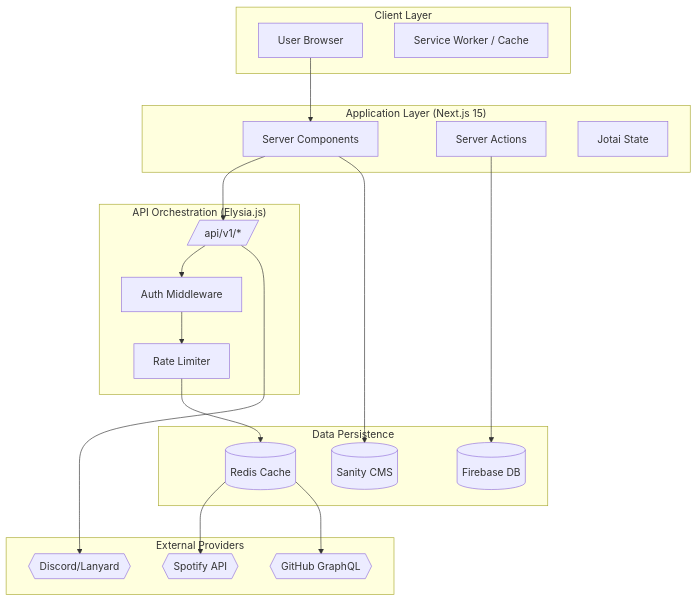
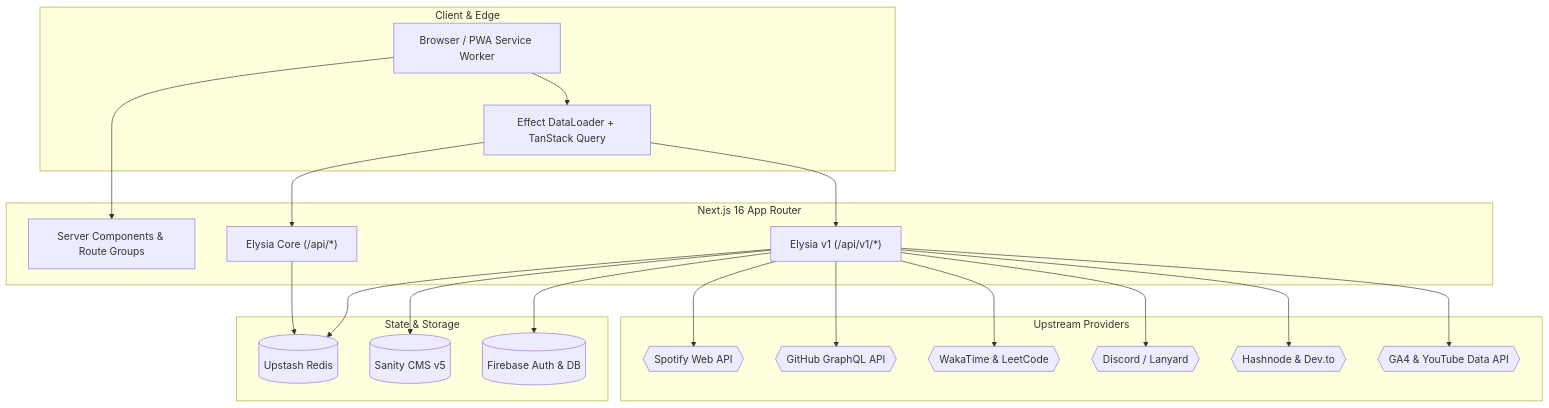
One commit to WomB0ComB0/portfolio changed the diagram in README.md. Above: the diagram before and after it, drawn with Mermaid. The commit also changed other lines of this file, not shown here.

Commit message:
docs(readme): overhaul root README for v3.0.0 and update roadmap decisions (#546)

````diff
--- a/README.md
+++ b/README.md
@@ -105,42 +55,43 @@
 ```mermaid
 graph TD
-    subgraph "Client Layer"
-        Browser[User Browser]
-        PWA[Service Worker / Cache]
+    subgraph "Client & Edge"
+        Browser["Browser / PWA Service Worker"]
+        DataLoader["Effect DataLoader + TanStack Query"]
     end
 
-    subgraph "Application Layer (Next.js 15)"
-        RSC[Server Components]
-        Actions[Server Actions]
-        Store[Jotai State]
+    subgraph "Next.js 16 App Router"
+        RSC["Server Components & Route Groups"]
+        CoreAPI["Elysia Core (/api/*)"]
+        V1API["Elysia v1 (/api/v1/*)"]
     end
 
-    subgraph "API Orchestration (Elysia.js)"
-        V1[/api/v1/*/]
-        Auth[Auth Middleware]
-        RateLimit[Rate Limiter]
+    subgraph "State & Storage"
+        Upstash[("Upstash Redis")]
+        Sanity[("Sanity CMS v5")]
+        Firebase[("Firebase Auth & DB")]
     end
 
-    subgraph "Data Persistence"
-        Redis[(Redis Cache)]
-        Sanity[(Sanity CMS)]
-        Firebase[(Firebase DB)]
-    end
-
-    subgraph "External Providers"
-        Spotify{{Spotify API}}
-        GitHub{{GitHub GraphQL}}
-        Lanyard{{Discord/Lanyard}}
+    subgraph "Upstream Providers"
+        Spotify{{"Spotify Web API"}}
+        GitHub{{"GitHub GraphQL API"}}
+        WakaTime{{"WakaTime & LeetCode"}}
+        Lanyard{{"Discord / Lanyard"}}
+        Writing{{"Hashnode & Dev.to"}}
+        Google{{"GA4 & YouTube Data API"}}
     end
 
     Browser --> RSC
-    RSC --> V1
-    V1 --> Auth
-    Auth --> RateLimit
-    RateLimit --> Redis
-    Redis --> Spotify
-    Redis --> GitHub
-    V1 --> Lanyard
-    RSC --> Sanity
-    Actions --> Firebase
+    Browser --> DataLoader
+    DataLoader --> CoreAPI
+    DataLoader --> V1API
+    CoreAPI --> Upstash
+    V1API --> Upstash
+    V1API --> Sanity
+    V1API --> Firebase
+    V1API --> Spotify
+    V1API --> GitHub
+    V1API --> WakaTime
+    V1API --> Lanyard
+    V1API --> Writing
+    V1API --> Google
 ```
````
